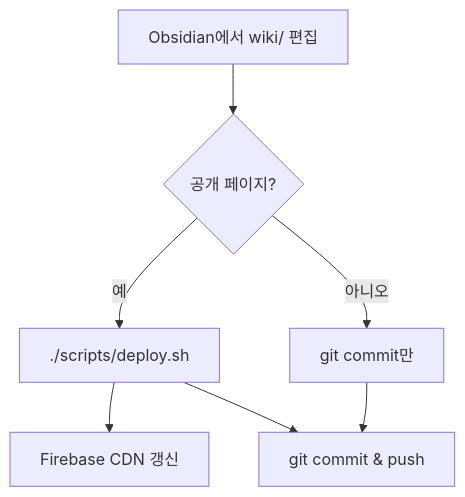
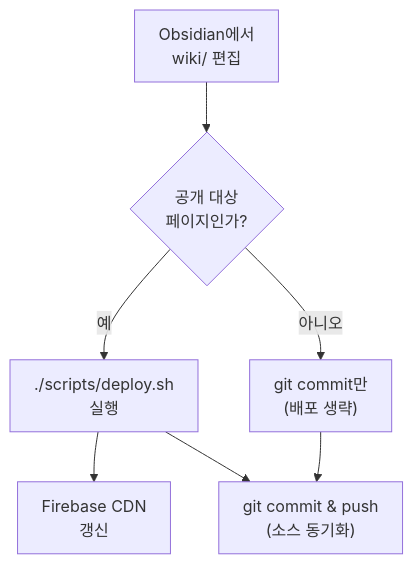
Before and after one commit to goodjwon/my-wiki: the diagram in wiki/guide-deploy-mkdocs-firebase.md, drawn with Mermaid. The commit also changed other lines of this file and 32 other files, not shown here.

First line of the commit message:
feat: 2분코딩 8편 ingest + 부실 페이지 9개 보강 + 배포 가이드 다이어그램 보정

````diff
--- a/wiki/guide-deploy-mkdocs-firebase.md
+++ b/wiki/guide-deploy-mkdocs-firebase.md
@@ -399,9 +440,10 @@
 ```mermaid
+%%{init: {'themeVariables': {'fontSize': '16px'}, 'flowchart': {'nodeSpacing': 40, 'rankSpacing': 50, 'padding': 12}}}%%
 flowchart TD
-  A[Obsidian에서 wiki/ 편집] --> B{공개 페이지?}
-  B -->|예| C[./scripts/deploy.sh]
-  B -->|아니오| D[git commit만]
-  C --> E[Firebase CDN 갱신]
-  C --> F[git commit & push]
+  A["Obsidian에서<br/>wiki/ 편집"] --> B{"공개 대상<br/>페이지인가?"}
+  B -->|예| C["./scripts/deploy.sh<br/>실행"]
+  B -->|아니오| D["git commit만<br/>(배포 생략)"]
+  C --> E["Firebase CDN<br/>갱신"]
+  C --> F["git commit & push<br/>(소스 동기화)"]
   D --> F
 ```
````
